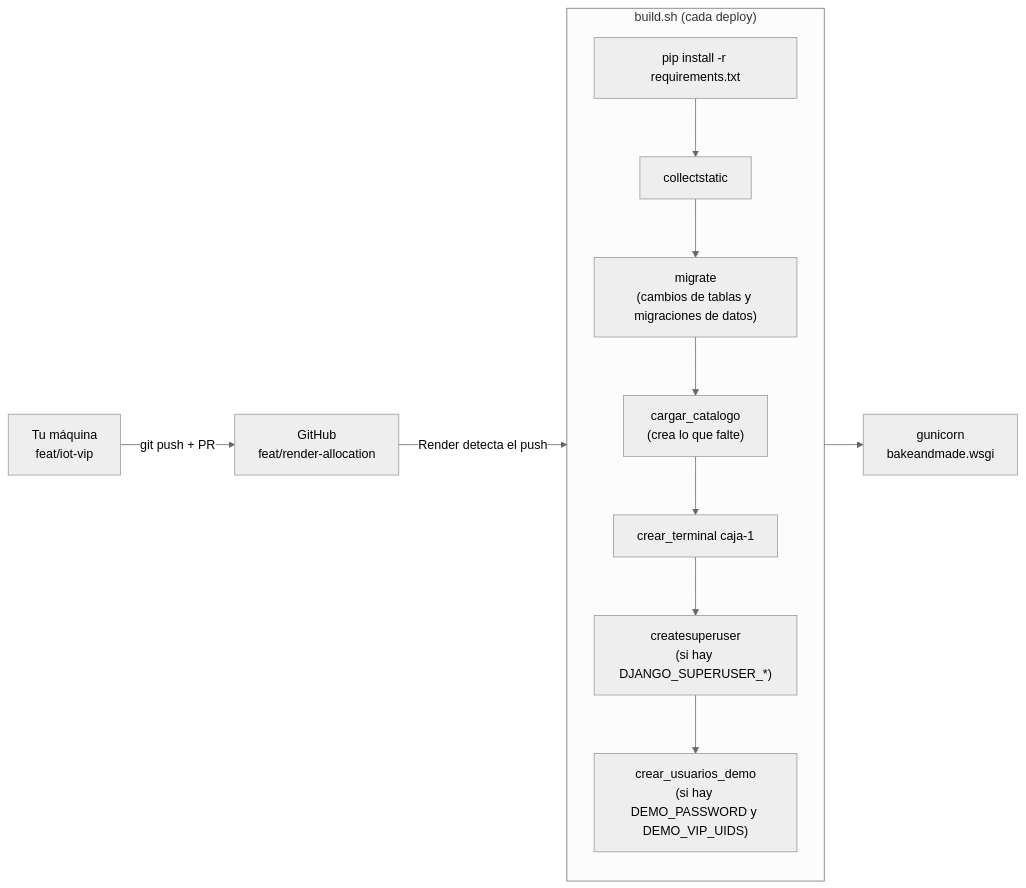
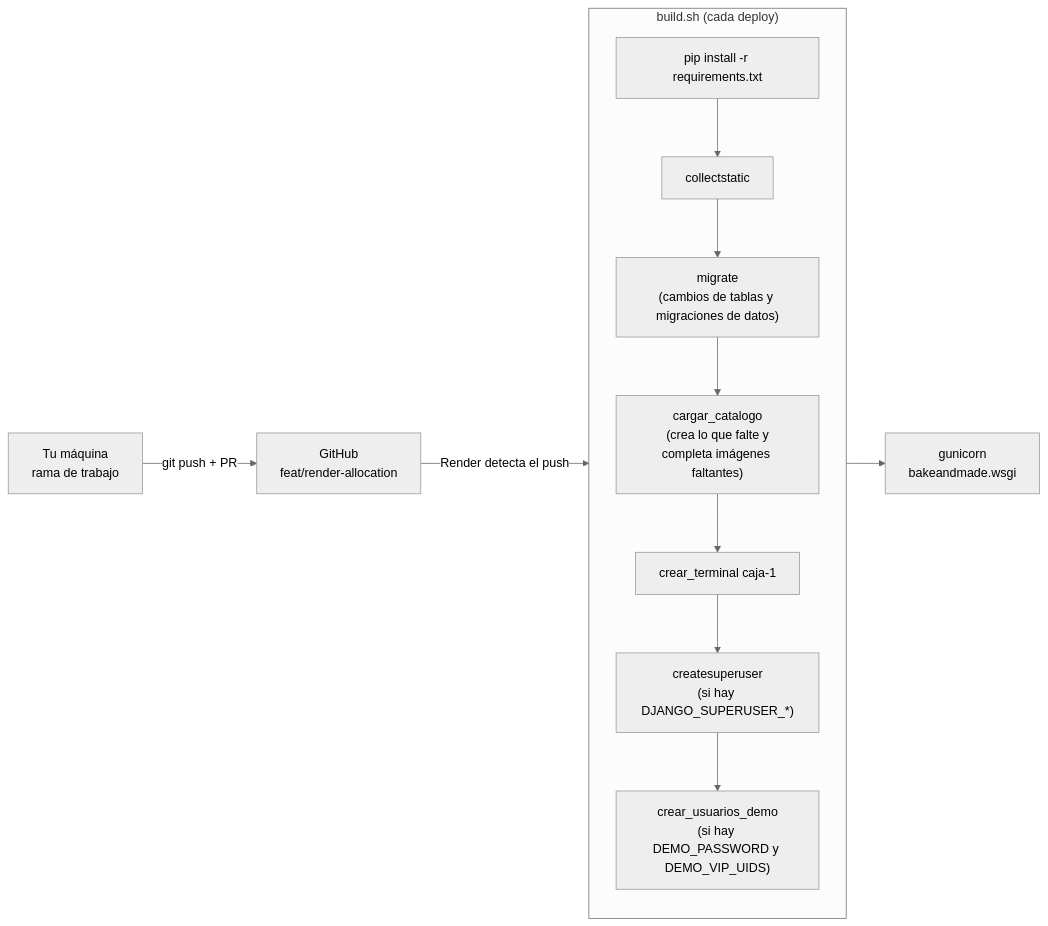
Before and after one commit to wendynajar/bake-and-made: the third of 7 diagrams in docs/diagramas.md, drawn with Mermaid (neutral theme). The commit also changed other lines of this file and 7 other files, not shown here.

````diff
--- a/docs/diagramas.md
+++ b/docs/diagramas.md
@@ -61,17 +61,17 @@
 ```mermaid
 flowchart LR
-    DEV["Tu máquina<br/>feat/iot-vip"] -- "git push + PR" --> RA["GitHub<br/>feat/render-allocation"]
+    DEV["Tu máquina<br/>rama de trabajo"] -- "git push + PR" --> RA["GitHub<br/>feat/render-allocation"]
     RA -- "Render detecta el push" --> BUILD
 
     subgraph BUILD["build.sh (cada deploy)"]
         direction TB
         B1["pip install -r requirements.txt"] --> B2["collectstatic"]
         B2 --> B3["migrate<br/>(cambios de tablas y migraciones de datos)"]
-        B3 --> B4["cargar_catalogo<br/>(crea lo que falte)"]
+        B3 --> B4["cargar_catalogo<br/>(crea lo que falte y<br/>completa imágenes faltantes)"]
         B4 --> B5["crear_terminal caja-1"]
         B5 --> B6["createsuperuser<br/>(si hay DJANGO_SUPERUSER_*)"]
         B6 --> B7["crear_usuarios_demo<br/>(si hay DEMO_PASSWORD y DEMO_VIP_UIDS)"]
     end
 
     BUILD --> RUN["gunicorn<br/>bakeandmade.wsgi"]
 ```
````
